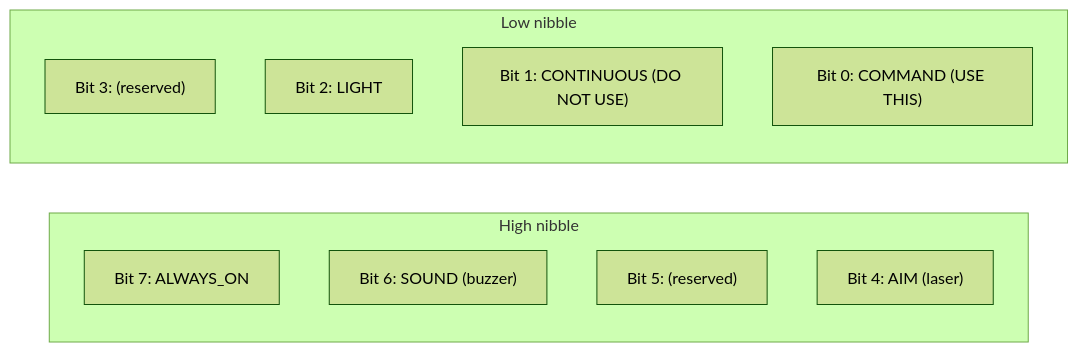
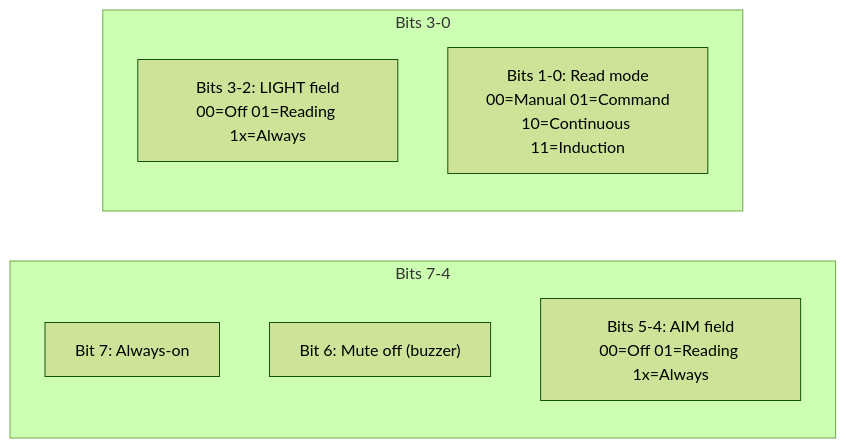
The second of 5 diagrams in crates/gm65-scanner/README.md (Amperstrand/gm65-scanner), drawn with Mermaid (forest theme) before and after one commit. The commit also changed other lines of this file, not shown here.

Commit message:
docs: fix README bit layout to match datasheet V1.7 multi-bit fields
The README still showed the old incorrect bitflag interpretation
(individual bits for AIM, LIGHT, CONTINUOUS, COMMAND). Updated to
show the correct 2-bit field layout per the GM65 datasheet.

Also updated default value documentation: 0x81 → 0xD1.

````diff
--- a/crates/gm65-scanner/README.md
+++ b/crates/gm65-scanner/README.md
@@ -72,15 +72,12 @@
 ```mermaid
 flowchart LR
-    subgraph high["High nibble"]
-        b7["Bit 7: ALWAYS_ON"]
-        b6["Bit 6: SOUND (buzzer)"]
-        b5["Bit 5: (reserved)"]
-        b4["Bit 4: AIM (laser)"]
+    subgraph high["Bits 7-4"]
+        b7["Bit 7: Always-on"]
+        b6["Bit 6: Mute off (buzzer)"]
+        b54["Bits 5-4: AIM field\n00=Off 01=Reading 1x=Always"]
     end
-    subgraph low["Low nibble"]
-        b3["Bit 3: (reserved)"]
-        b2["Bit 2: LIGHT"]
-        b1["Bit 1: CONTINUOUS (DO NOT USE)"]
-        b0["Bit 0: COMMAND (USE THIS)"]
+    subgraph low["Bits 3-0"]
+        b32["Bits 3-2: LIGHT field\n00=Off 01=Reading 1x=Always"]
+        b10["Bits 1-0: Read mode\n00=Manual 01=Command\n10=Continuous 11=Induction"]
     end
 ```
````
